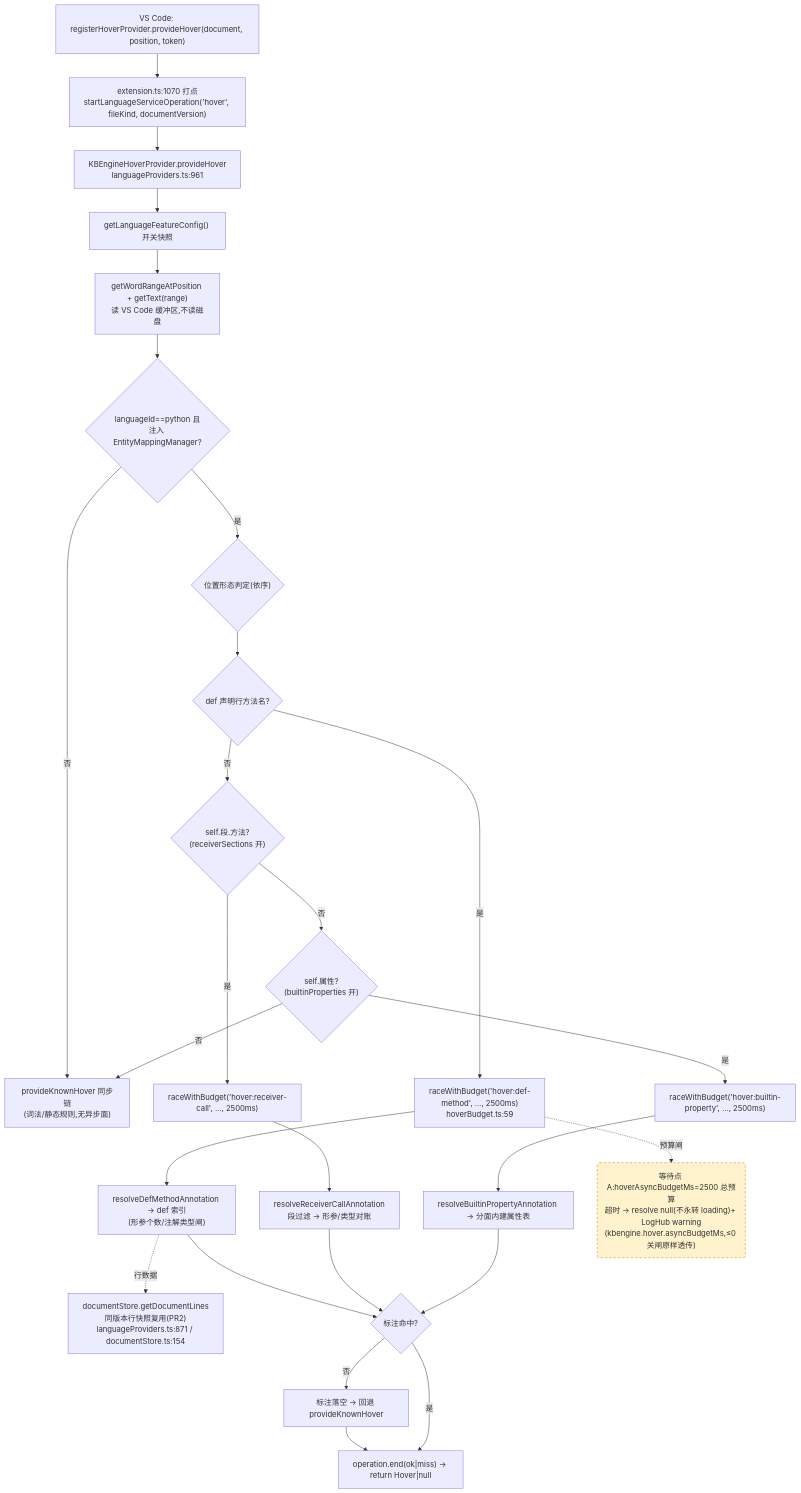
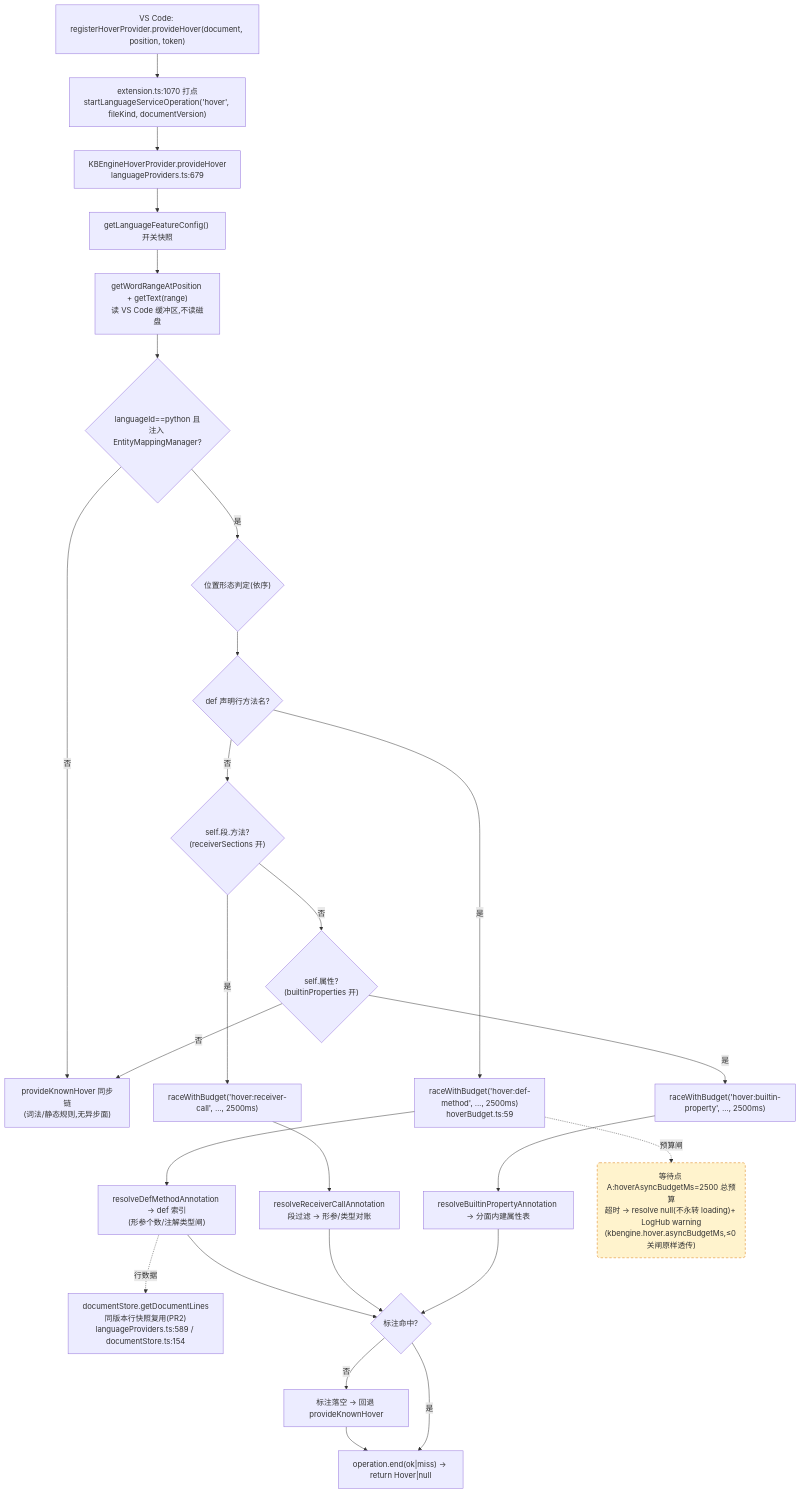
One commit to cuihairu/kode changed the first of 4 diagrams in docs/perf/2026-baseline.md. Above: the diagram before and after it, drawn with Mermaid. The commit also changed other lines of this file and 4 other files, not shown here.

First line of the commit message:
refactor(arch): KODE-ARCH-001 step 1 — extract languageProviders/reveal + shared (pure move, zero behavior change)

````diff
--- a/docs/perf/2026-baseline.md
+++ b/docs/perf/2026-baseline.md
@@ -82,45 +82,45 @@
 ```mermaid
 flowchart TD
   VC1["VS Code: registerHoverProvider.provideHover(document, position, token)"]
   M1["extension.ts:1070 打点<br/>startLanguageServiceOperation('hover', fileKind, documentVersion)"]
-  HP["KBEngineHoverProvider.provideHover<br/>languageProviders.ts:961"]
+  HP["KBEngineHoverProvider.provideHover<br/>languageProviders.ts:679"]
   CFG["getLanguageFeatureConfig() 开关快照"]
   WORD["getWordRangeAtPosition + getText(range)<br/>读 VS Code 缓冲区,不读磁盘"]
   BR{"languageId==python 且<br/>注入 EntityMappingManager?"}
   KN["provideKnownHover 同步链<br/>(词法/静态规则,无异步面)"]
   POS{"位置形态判定(依序)"}
   D1{"def 声明行方法名?"}
   D2{"self.段.方法?<br/>(receiverSections 开)"}
   D3{"self.属性?<br/>(builtinProperties 开)"}
   RA1["raceWithBudget('hover:def-method', …, 2500ms)<br/>hoverBudget.ts:59"]
   RA2["raceWithBudget('hover:receiver-call', …, 2500ms)"]
   RA3["raceWithBudget('hover:builtin-property', …, 2500ms)"]
   RS1["resolveDefMethodAnnotation → def 索引<br/>(形参个数/注解类型闸)"]
   RS2["resolveReceiverCallAnnotation<br/>段过滤 → 形参/类型对账"]
   RS3["resolveBuiltinPropertyAnnotation → 分面内建属性表"]
-  LINES["documentStore.getDocumentLines<br/>同版本行快照复用(PR2)<br/>languageProviders.ts:871 / documentStore.ts:154"]
+  LINES["documentStore.getDocumentLines<br/>同版本行快照复用(PR2)<br/>languageProviders.ts:589 / documentStore.ts:154"]
   MISS["标注落空 → 回退 provideKnownHover"]
   END1["operation.end(ok|miss) → return Hover|null"]
 
   VC1 --> M1 --> HP --> CFG --> WORD --> BR
   BR -- "否" --> KN
   BR -- "是" --> POS --> D1
   D1 -- "是" --> RA1 --> RS1
   D1 -- "否" --> D2
   D2 -- "是" --> RA2 --> RS2
   D2 -- "否" --> D3
   D3 -- "是" --> RA3 --> RS3
   D3 -- "否" --> KN
   RS1 --> HIT{"标注命中?"}
   RS2 --> HIT
   RS3 --> HIT
   RS1 -.->|行数据| LINES
   HIT -- "否" --> MISS --> END1
   HIT -- "是" --> END1
 
   WAITA("等待点 A:hoverAsyncBudgetMs=2500 总预算<br/>超时 → resolve null(不永转 loading)+ LogHub warning<br/>(kbengine.hover.asyncBudgetMs,≤0 关闸原样透传)")
   RA1 -.->|预算闸| WAITA
 
   classDef waitPoint fill:#fff3cd,stroke:#d97706,stroke-dasharray:5 4;
   class WAITA waitPoint;
 ```
````
